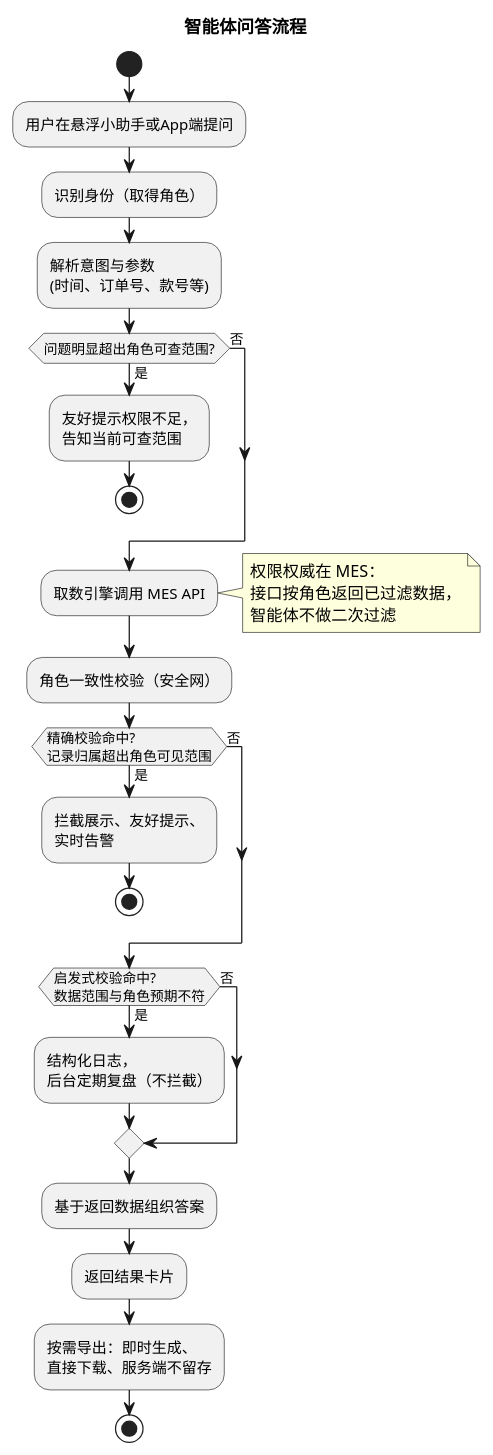
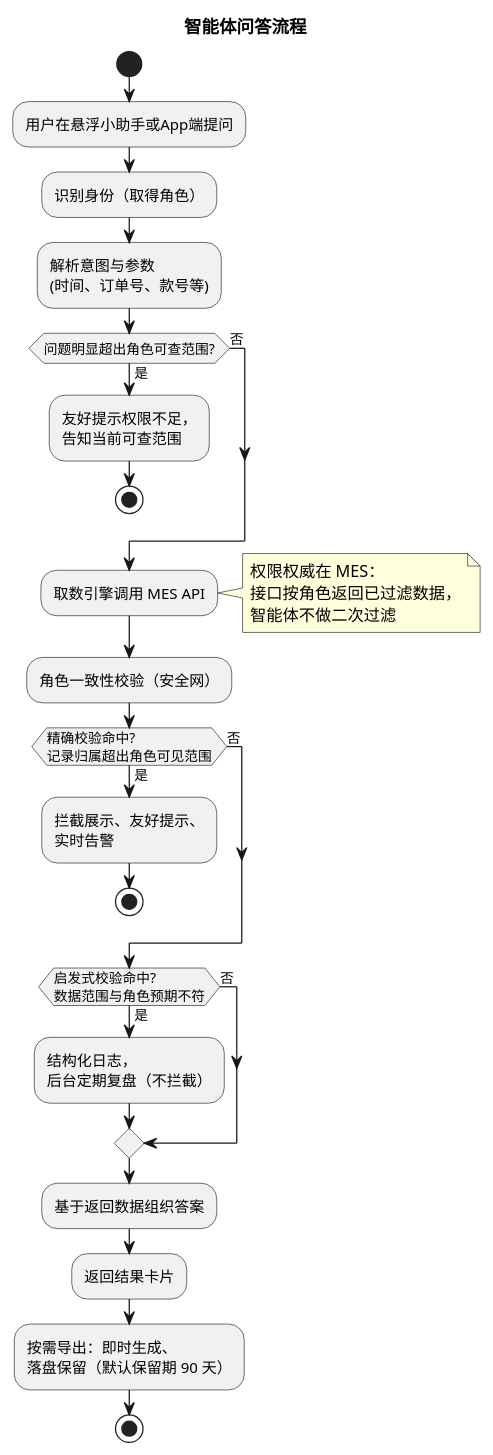
One commit to zhu13818202655/factory-agent changed the second of 2 diagrams in docs/product/需求及方案整理.md. Above: the diagram before and after it, drawn with PlantUML. The commit also changed other lines of this file and 69 other files, not shown here.

````diff
--- a/docs/product/需求及方案整理.md
+++ b/docs/product/需求及方案整理.md
@@ -40,34 +40,34 @@
 ```plantuml
 @startuml
 title 智能体问答流程
 start
 :用户在悬浮小助手或App端提问;
 :识别身份（取得角色）;
 :解析意图与参数\n(时间、订单号、款号等);
 if (问题明显超出角色可查范围?) then (是)
   :友好提示权限不足，\n告知当前可查范围;
   stop
 else (否)
 endif
 :取数引擎调用 MES API;
 note right
   权限权威在 MES：
   接口按角色返回已过滤数据，
   智能体不做二次过滤
 end note
 :角色一致性校验（安全网）;
 if (精确校验命中?\n记录归属超出角色可见范围) then (是)
   :拦截展示、友好提示、\n实时告警;
   stop
 else (否)
 endif
 if (启发式校验命中?\n数据范围与角色预期不符) then (是)
   :结构化日志，\n后台定期复盘（不拦截）;
 else (否)
 endif
 :基于返回数据组织答案;
 :返回结果卡片;
-:按需导出：即时生成、\n直接下载、服务端不留存;
+:按需导出：即时生成、\n落盘保留（默认保留期 90 天）;
 stop
 @enduml
 ```
````
